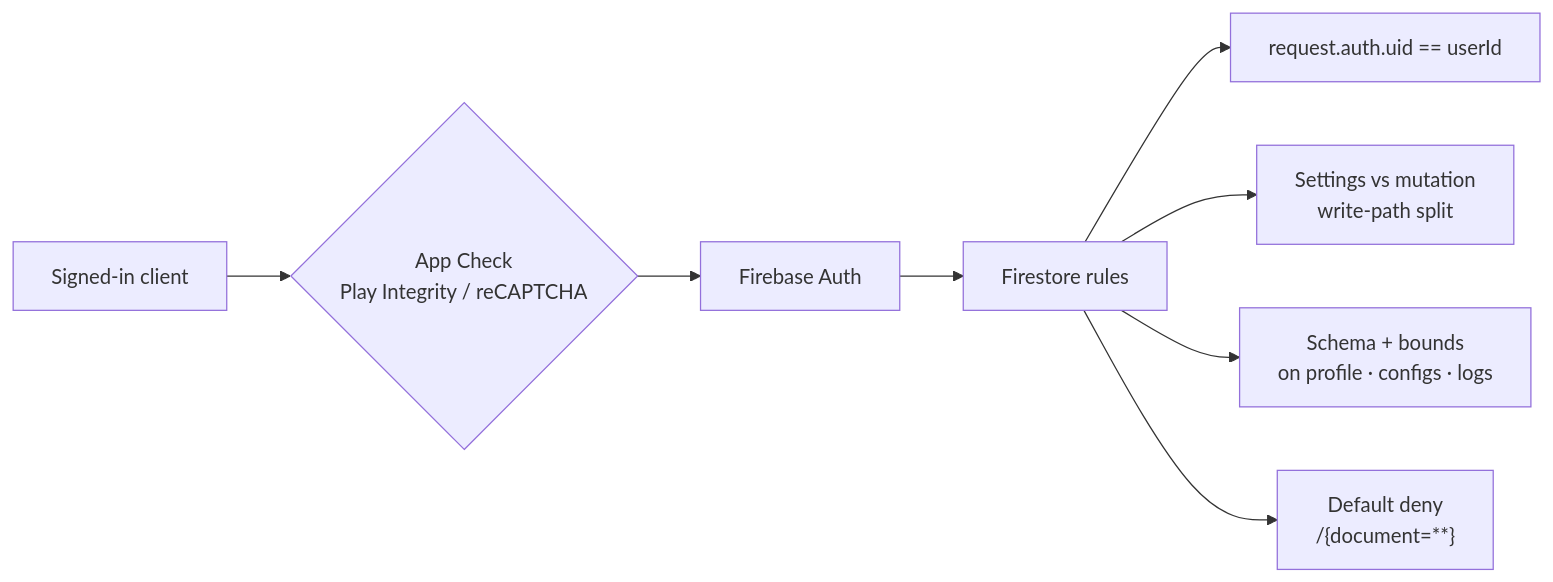
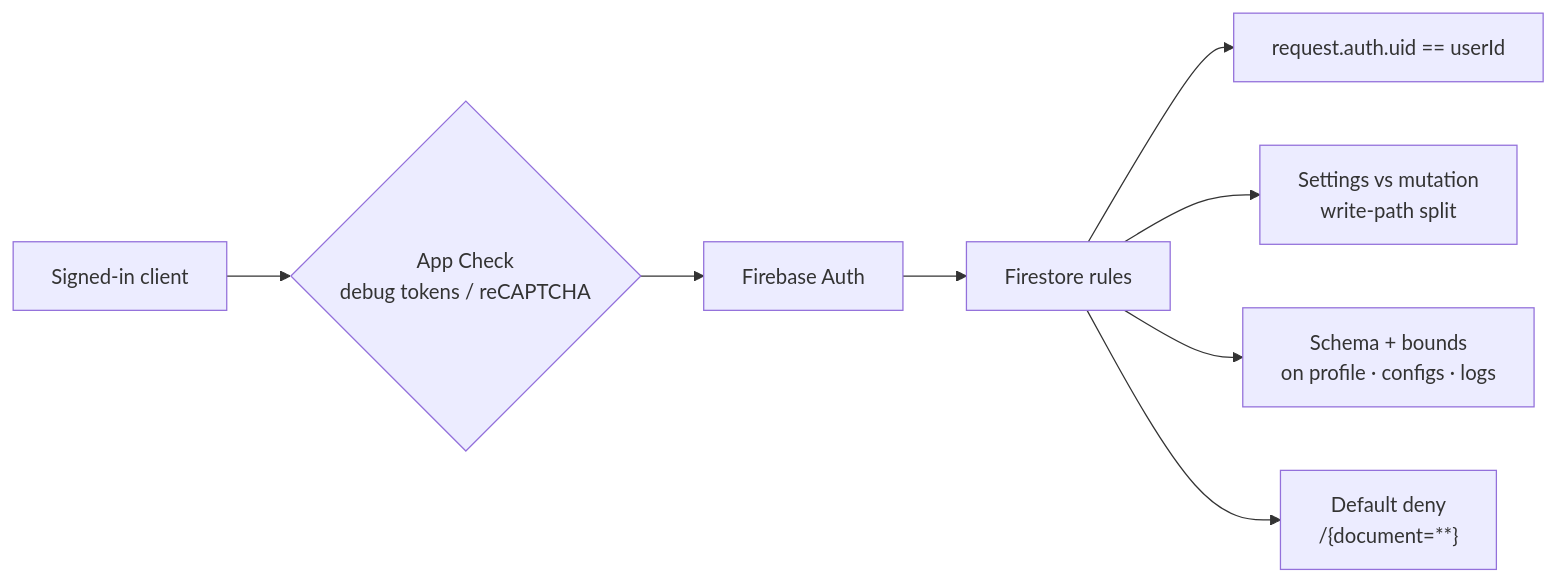
The second of 2 diagrams in README.md (shareef01/tabakpp), drawn with Mermaid before and after one commit. The commit also changed 5 other files, not shown here.

````diff
--- a/README.md
+++ b/README.md
@@ -103,11 +103,11 @@
 ```mermaid
 flowchart LR
-  Client["Signed-in client"] --> AC{"App Check<br/>Play Integrity / reCAPTCHA"}
+  Client["Signed-in client"] --> AC{"App Check<br/>debug tokens / reCAPTCHA"}
   AC --> Auth["Firebase Auth"]
   Auth --> Rules["Firestore rules"]
 
   Rules --> Owner["request.auth.uid == userId"]
   Rules --> Split["Settings vs mutation<br/>write-path split"]
   Rules --> Shape["Schema + bounds<br/>on profile · configs · logs"]
   Rules --> Deny["Default deny<br/>/{document=**}"]
 ```
````
